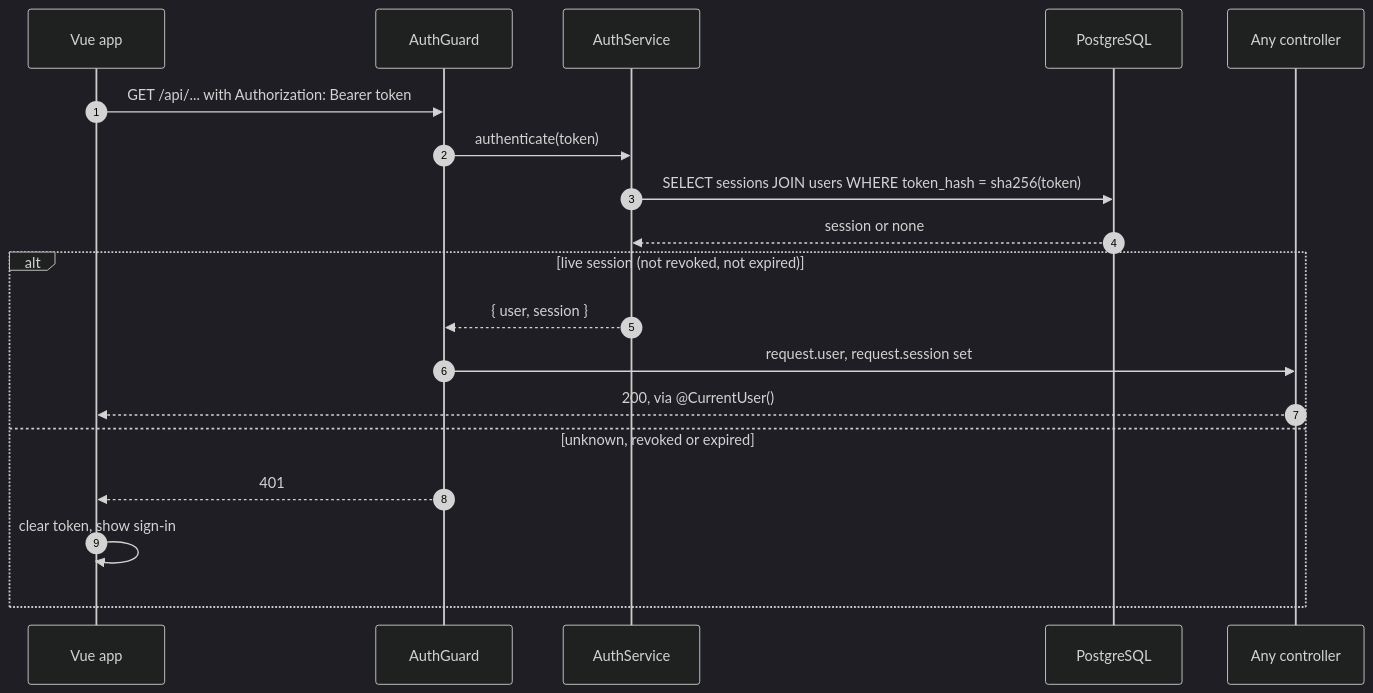
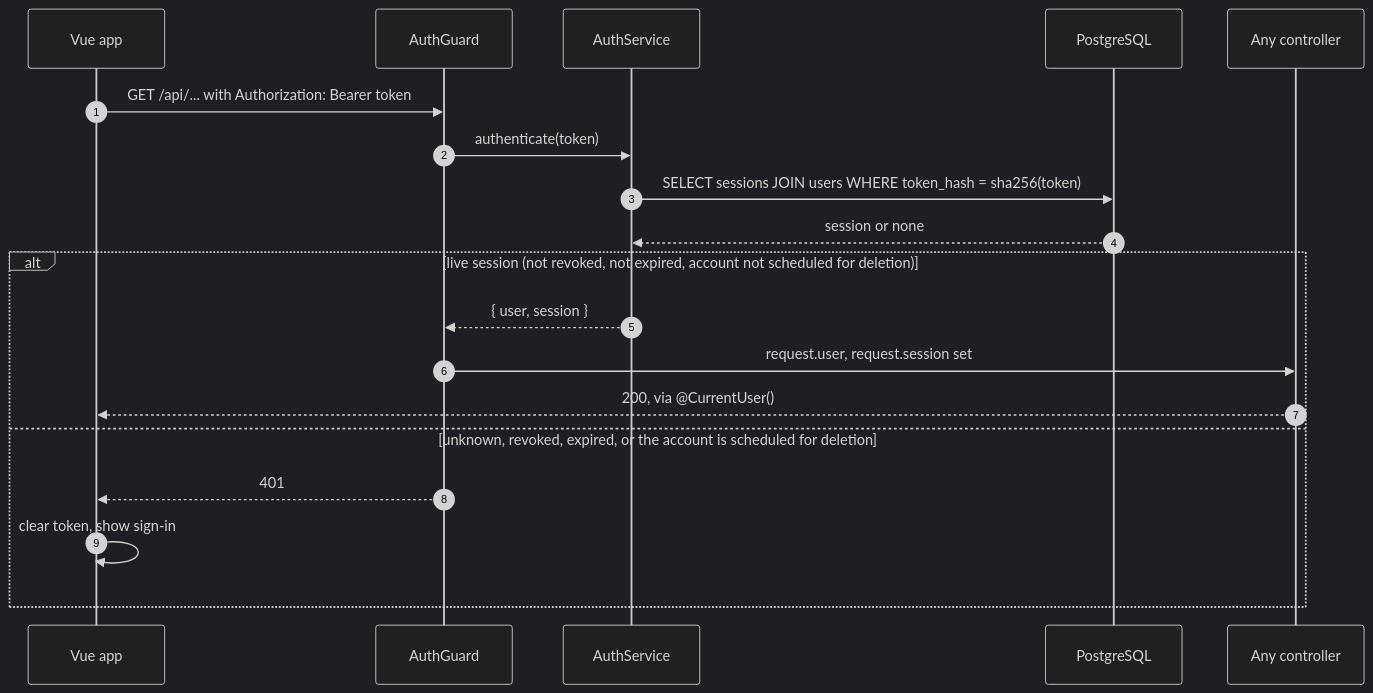
One commit to LLaammTTeerr/omnicourses changed the third of 5 diagrams in docs/analysis-and-design/sequence-diagrams/UC-01-sign-up-and-onboard.md. Above: the diagram before and after it, drawn with Mermaid (dark theme). The commit also changed other lines of this file, not shown here.

First line of the commit message:
docs(design): draw account restore and the sign-up race in uc-01

````diff
--- a/docs/analysis-and-design/sequence-diagrams/UC-01-sign-up-and-onboard.md
+++ b/docs/analysis-and-design/sequence-diagrams/UC-01-sign-up-and-onboard.md
@@ -87,22 +93,22 @@
 ```mermaid
 sequenceDiagram
     autonumber
     participant SPA as Vue app
     participant Guard as AuthGuard
     participant Auth as AuthService
     participant DB as PostgreSQL
     participant Ctrl as Any controller
 
     SPA->>Guard: GET /api/... with Authorization: Bearer token
     Guard->>Auth: authenticate(token)
     Auth->>DB: SELECT sessions JOIN users WHERE token_hash = sha256(token)
     DB-->>Auth: session or none
-    alt live session (not revoked, not expired)
+    alt live session (not revoked, not expired, account not scheduled for deletion)
         Auth-->>Guard: { user, session }
         Guard->>Ctrl: request.user, request.session set
         Ctrl-->>SPA: 200, via @CurrentUser()
-    else unknown, revoked or expired
+    else unknown, revoked, expired, or the account is scheduled for deletion
         Guard-->>SPA: 401
         SPA->>SPA: clear token, show sign-in
     end
 ```
````
